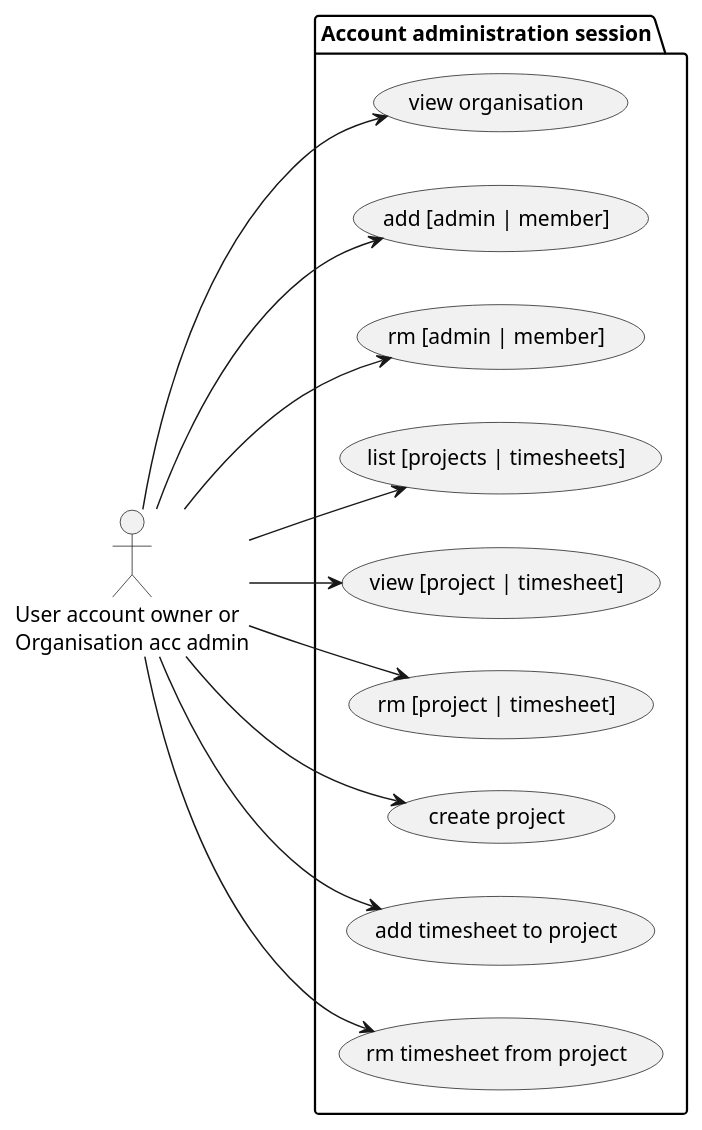
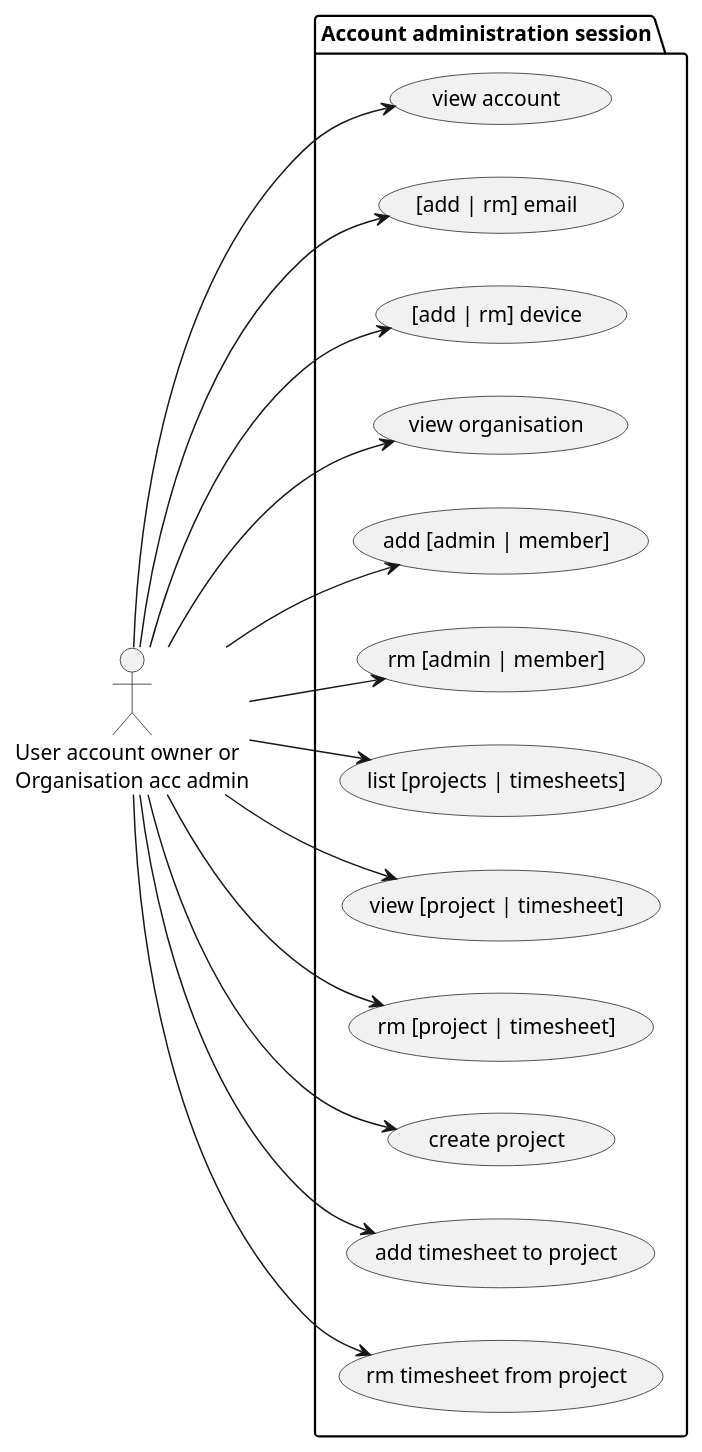
The diagram in architecture/use-case/administration.use-case.puml (m-ld/timeld), drawn with PlantUML before and after one commit. The commit also changed 18 other files, not shown here.

```diff
--- a/architecture/use-case/administration.use-case.puml
+++ b/architecture/use-case/administration.use-case.puml
@@ -1,18 +1,21 @@
 @startuml
 'https://plantuml.com/use-case-diagram
 left to right direction
 
 actor "User account owner or\nOrganisation acc admin" as user
 package "Account administration session" {
+  user --> (view account)
+  user --> ([add | rm] email)
+  user --> ([add | rm] device)
   user --> (view organisation)
   user --> (add [admin | member])
   user --> (rm [admin | member])
   user --> (list [projects | timesheets])
   user --> (view [project | timesheet])
   user --> (rm [project | timesheet])
   user --> (create project)
   user --> (add timesheet to project)
   user --> (rm timesheet from project)
 }
 
 @enduml
```
